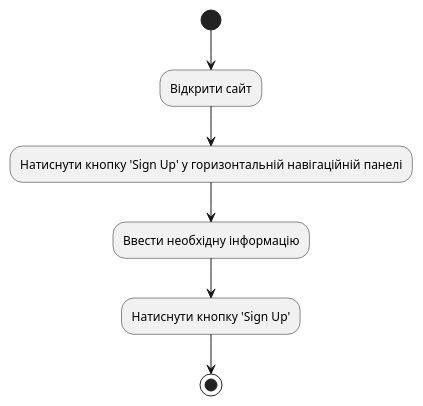
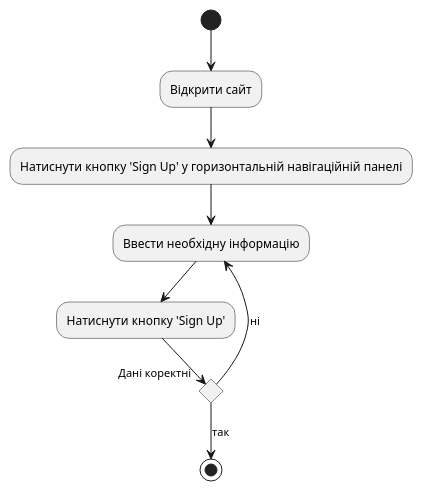
The diagram in doc/ux/NU3.puml (carexoid/se-lab), drawn with PlantUML before and after one commit. The commit also changed 2 other files, not shown here.

Commit message:
#3 Update some diagrams

```diff
--- a/doc/ux/NU3.puml
+++ b/doc/ux/NU3.puml
@@ -1,8 +1,12 @@
 @startuml NU3
 (*) --> "Відкрити сайт"
 --> "Натиснути кнопку 'Sign Up' у горизонтальній навігаційній панелі"
 --> "Ввести необхідну інформацію"
 --> "Натиснути кнопку 'Sign Up'"
---> (*)
+if "Дані коректні" then
+    -->[так](*)
+else
+    -->[ні] "Ввести необхідну інформацію"
+endif
 
 @enduml
```
